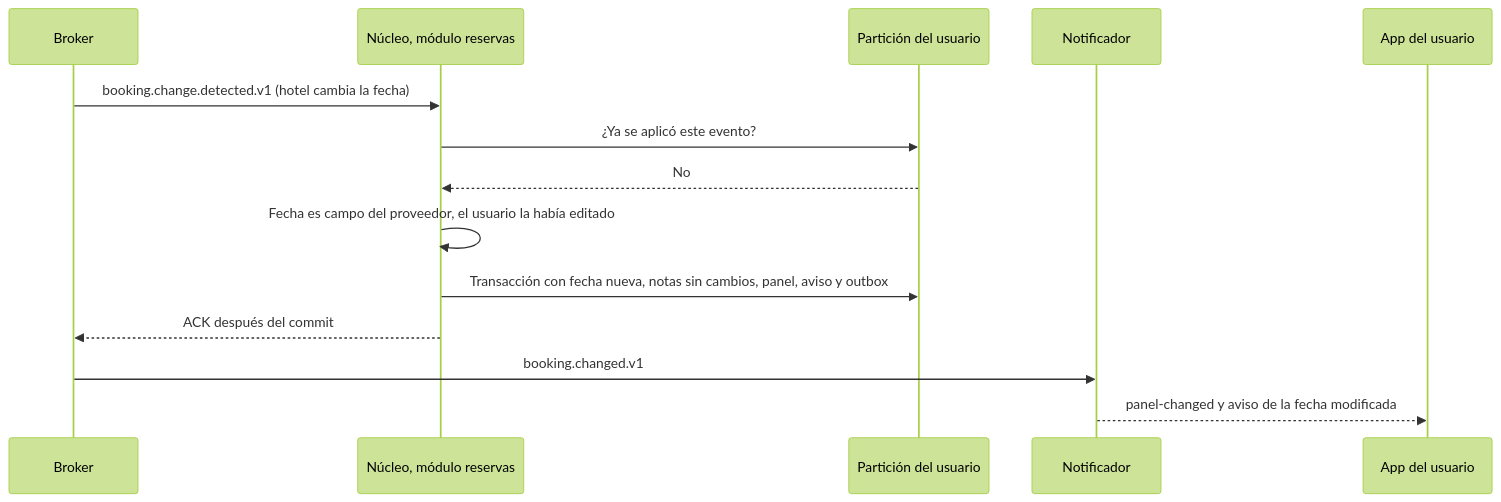
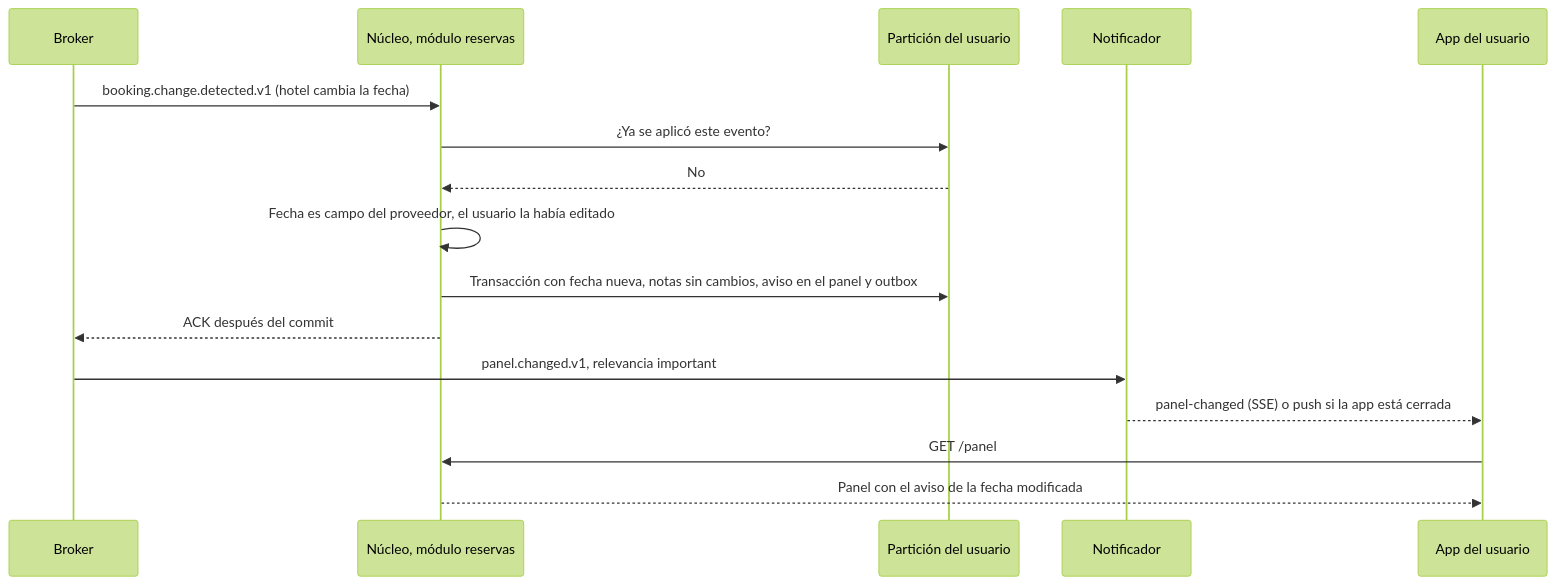
Before and after one commit to TadeoBrun1/TPE_software: the third of 3 diagrams in trotamundos/docs/02-views/sequence-views.md, drawn with Mermaid (forest theme). The commit also changed other lines of this file and 33 other files, not shown here.

````diff
--- a/trotamundos/docs/02-views/sequence-views.md
+++ b/trotamundos/docs/02-views/sequence-views.md
@@ -85,16 +89,18 @@
 ```mermaid
 sequenceDiagram
     participant B as Broker
     participant N as Núcleo, módulo reservas
     participant DB as Partición del usuario
     participant NT as Notificador
     participant App as App del usuario
     B->>N: booking.change.detected.v1 (hotel cambia la fecha)
     N->>DB: ¿Ya se aplicó este evento?
     DB-->>N: No
     N->>N: Fecha es campo del proveedor, el usuario la había editado
-    N->>DB: Transacción con fecha nueva, notas sin cambios, panel, aviso y outbox
+    N->>DB: Transacción con fecha nueva, notas sin cambios, aviso en el panel y outbox
     N-->>B: ACK después del commit
-    B->>NT: booking.changed.v1
-    NT-->>App: panel-changed y aviso de la fecha modificada
+    B->>NT: panel.changed.v1, relevancia important
+    NT-->>App: panel-changed (SSE) o push si la app está cerrada
+    App->>N: GET /panel
+    N-->>App: Panel con el aviso de la fecha modificada
 ```
````
